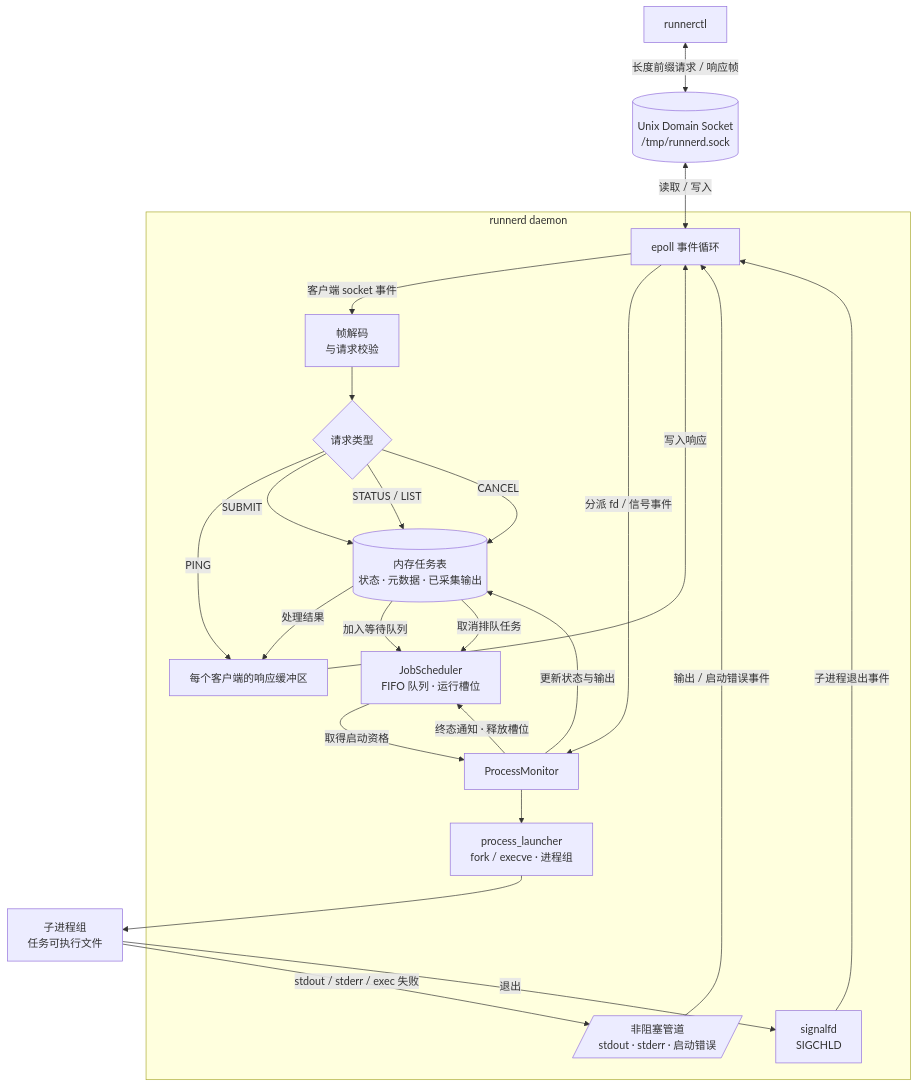
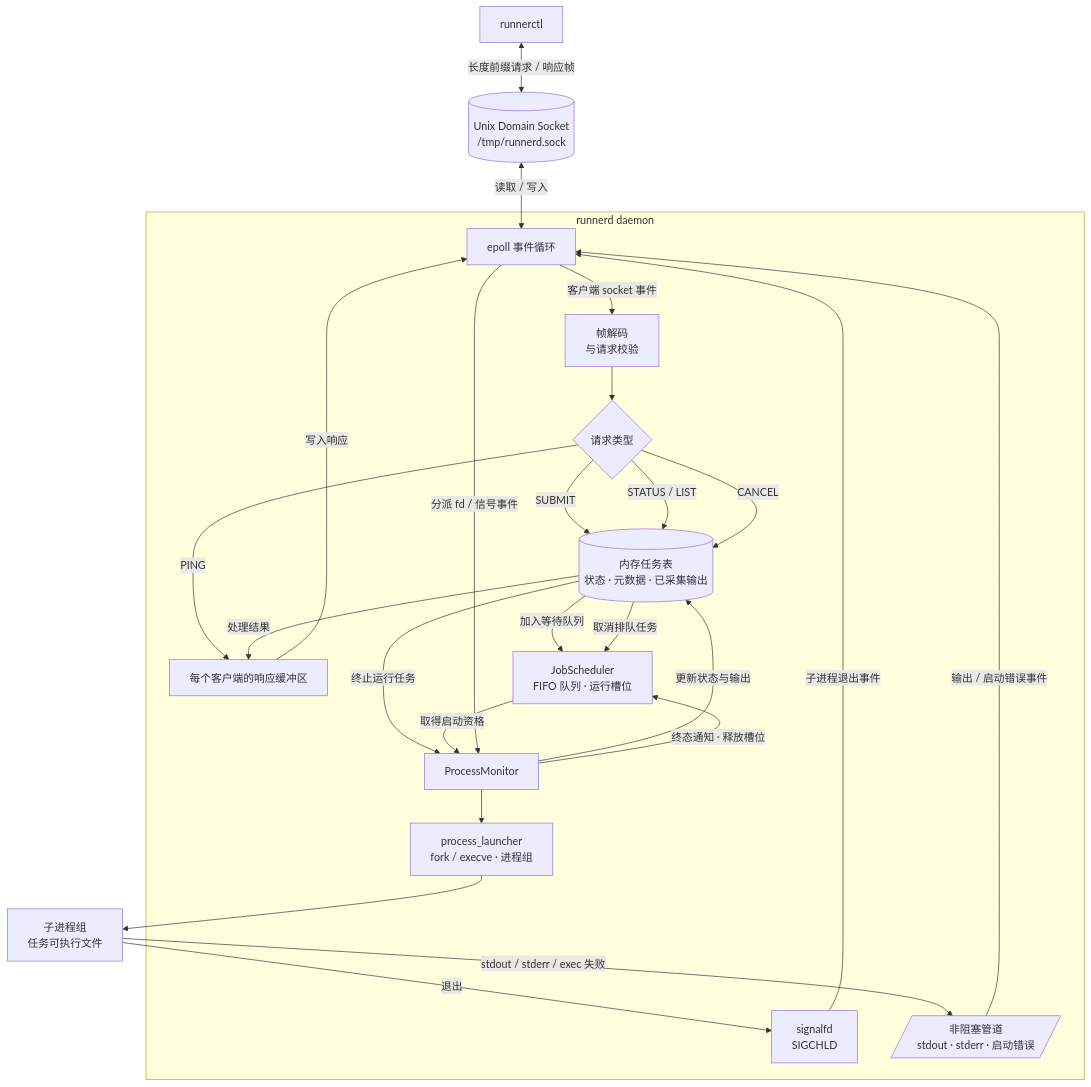
One commit to qxf-72/runnerd changed the diagram in README.md. Above: the diagram before and after it, drawn with Mermaid. The commit also changed other lines of this file and 1 other file, not shown here.

````diff
--- a/README.md
+++ b/README.md
@@ -110,41 +113,42 @@
 ```mermaid
 flowchart TB
     CLI["runnerctl"]
     Socket[("Unix Domain Socket<br/>/tmp/runnerd.sock")]
     CLI <-->|"长度前缀请求 / 响应帧"| Socket
 
     subgraph Daemon["runnerd daemon"]
         Loop["epoll 事件循环"]
         Decode["帧解码<br/>与请求校验"]
         Route{"请求类型"}
         Reply["每个客户端的响应缓冲区"]
         Jobs[("内存任务表<br/>状态 · 元数据 · 已采集输出")]
         Scheduler["JobScheduler<br/>FIFO 队列 · 运行槽位"]
         Monitor["ProcessMonitor"]
         Launcher["process_launcher<br/>fork / execve · 进程组"]
         Signal["signalfd<br/>SIGCHLD"]
         Pipes[/"非阻塞管道<br/>stdout · stderr · 启动错误"/]
 
         Loop -->|"客户端 socket 事件"| Decode --> Route
         Route -->|"PING"| Reply
         Route -->|"SUBMIT"| Jobs
         Route -->|"STATUS / LIST"| Jobs
         Route -->|"CANCEL"| Jobs
         Jobs -->|"处理结果"| Reply
         Reply -->|"写入响应"| Loop
 
         Jobs -->|"加入等待队列"| Scheduler
         Jobs -->|"取消排队任务"| Scheduler
+        Jobs -->|"终止运行任务"| Monitor
         Scheduler -->|"取得启动资格"| Monitor --> Launcher
         Pipes -->|"输出 / 启动错误事件"| Loop
         Signal -->|"子进程退出事件"| Loop
         Loop -->|"分派 fd / 信号事件"| Monitor
         Monitor -->|"更新状态与输出"| Jobs
         Monitor -->|"终态通知 · 释放槽位"| Scheduler
     end
 
     Socket <-->|"读取 / 写入"| Loop
     Launcher --> Child["子进程组<br/>任务可执行文件"]
     Child -->|"stdout / stderr / exec 失败"| Pipes
     Child -->|"退出"| Signal
 ```
````
